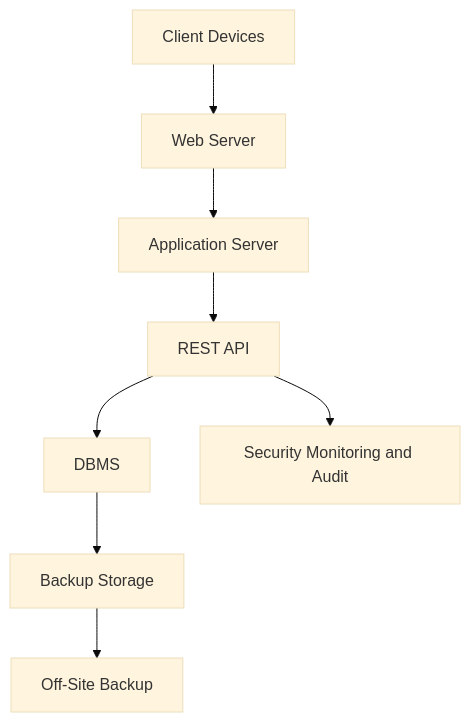
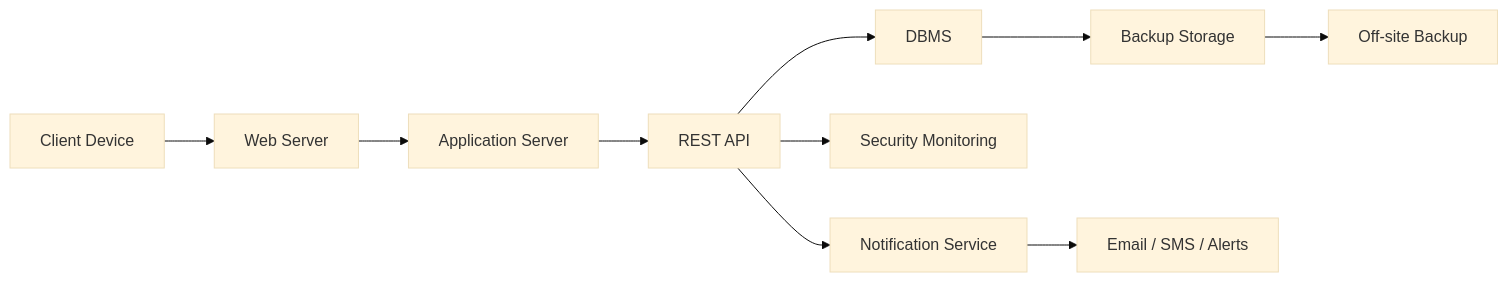
Before and after one commit to Bonuel12142005/KAMBACDIAGRAM: the fourth of 16 diagrams in README.md, drawn with Mermaid (base theme). The commit also changed other lines of this file, not shown here.

Commit message:
Overwrite README.md with the full 16-diagram KIMS proposal summary

````diff
--- a/README.md
+++ b/README.md
@@ -244,19 +215,12 @@
 ```mermaid
-flowchart TB
-    C["Client Devices"]
-    WS["Web Server"]
-    APP["Application Server"]
-    API["REST API"]
-    DB["DBMS"]
-    FS["Backup Storage"]
-    OFF["Off-Site Backup"]
-    MON["Security Monitoring and Audit"]
-
-    C --> WS
-    WS --> APP
-    APP --> API
-    API --> DB
-    API --> MON
-    DB --> FS
-    FS --> OFF
+flowchart LR
+    C["Client Device"] --> WS["Web Server"]
+    WS --> APP["Application Server"]
+    APP --> API["REST API"]
+    API --> DB["DBMS"]
+    DB --> BAK["Backup Storage"]
+    BAK --> OFF["Off-site Backup"]
+    API --> MON["Security Monitoring"]
+    API --> NOTIF["Notification Service"]
+    NOTIF --> EMAIL["Email / SMS / Alerts"]
 ```
````
